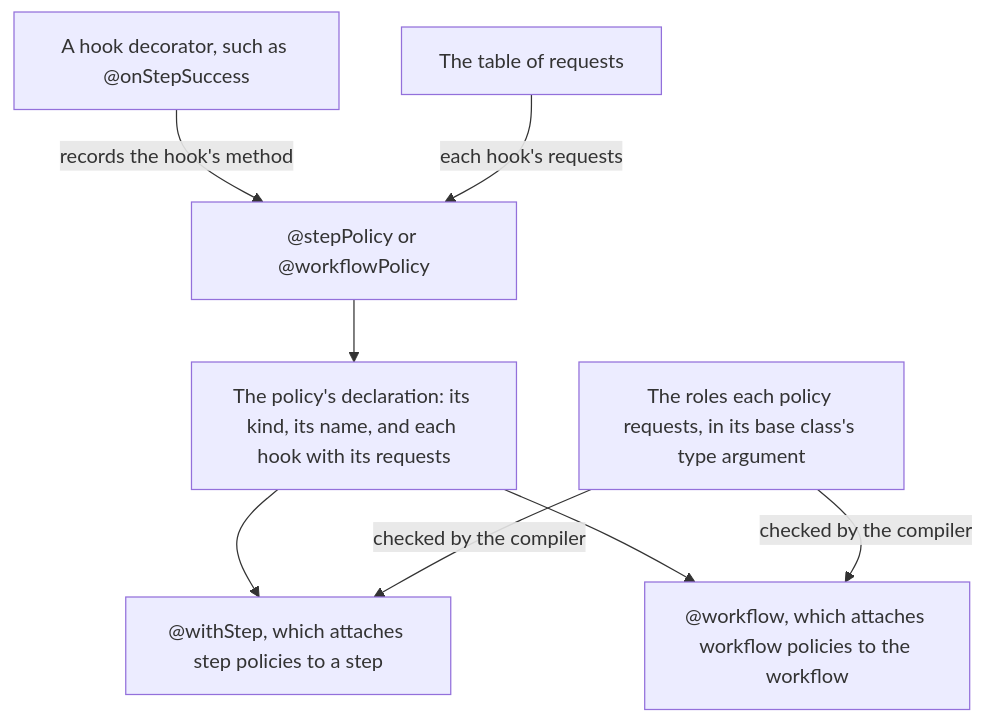
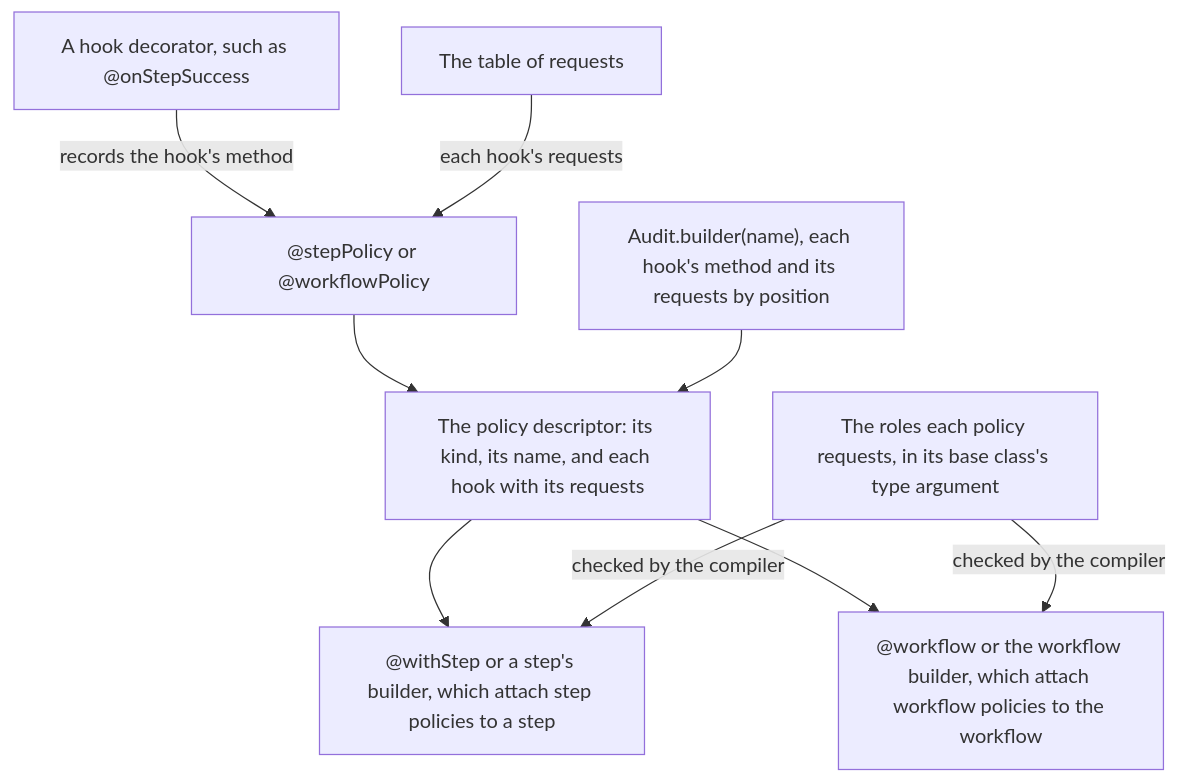
The fourth of 8 diagrams in docs/architecture.md (itinera-dev/itinera-ts), drawn with Mermaid before and after one commit. The commit also changed other lines of this file and 66 other files, not shown here.

````diff
--- a/docs/architecture.md
+++ b/docs/architecture.md
@@ -110,12 +115,13 @@
 ```mermaid
 flowchart TD
     accTitle: How a policy is declared and attached
-    accDescr: A hook decorator records which method of a policy class implements its hook, and the parameter decorators record what the method requests. The policy's class decorator gathers its kind, its name and each hook with its requests, and checks them. The workflow's decorators attach the declared policies, a workflow policy to the workflow and a step policy to a step, and compile only on a workflow class that implements every role the policies request.
+    accDescr: A hook decorator records which method of a policy class implements its hook, and the parameter decorators record what the method requests. The policy's class decorator gathers its kind, its name and each hook with its requests, and checks them. A policy's builder gathers the same for a class declared without decorators, each hook's method and its requests by position. Either way the policy becomes a policy descriptor. The workflow's decorators and builders attach the policy descriptors, a workflow policy to the workflow and a step policy to a step, and compile only on a workflow class that implements every role the policies request.
     hook["A hook decorator, such as @onStepSuccess"] -->|"records the hook's method"| policyDecorator["@stepPolicy or @workflowPolicy"]
     requests["The table of requests"] -->|"each hook's requests"| policyDecorator
-    policyDecorator --> declared["The policy's declaration: its kind, its name, and each hook with its requests"]
-    declared --> withStep["@withStep, which attaches step policies to a step"]
-    declared --> workflow["@workflow, which attaches workflow policies to the workflow"]
+    policyDecorator --> declared["The policy descriptor: its kind, its name, and each hook with its requests"]
+    policyBuilder["Audit.builder(name), each hook's method and its requests by position"] --> declared
+    declared --> withStep["@withStep or a step's builder, which attach step policies to a step"]
+    declared --> workflow["@workflow or the workflow builder, which attach workflow policies to the workflow"]
     roles["The roles each policy requests, in its base class's type argument"] -->|"checked by the compiler"| withStep
     roles -->|"checked by the compiler"| workflow
 ```
````
